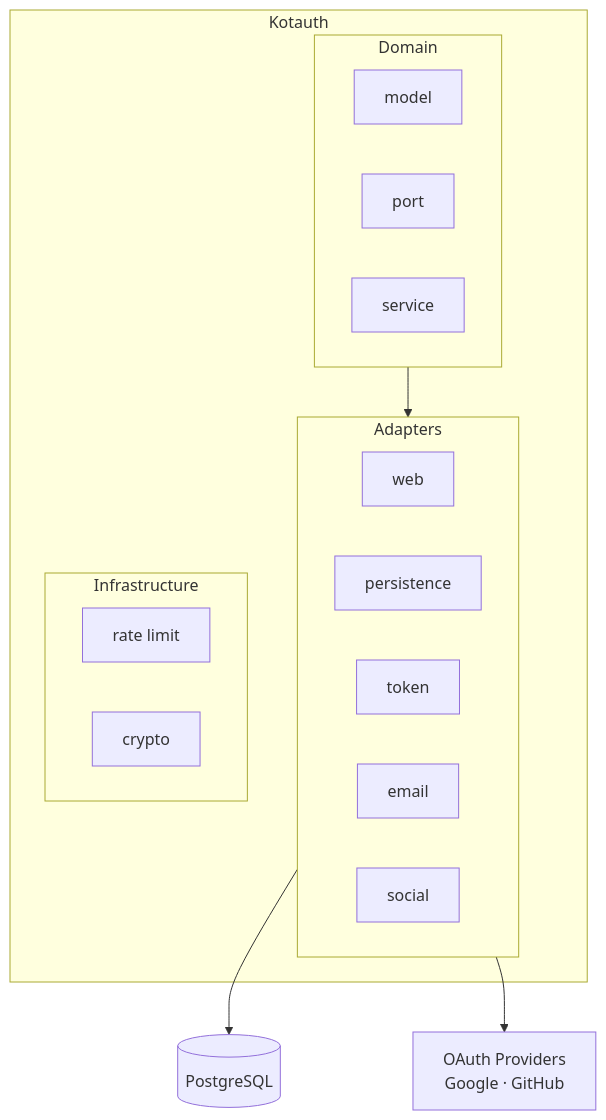
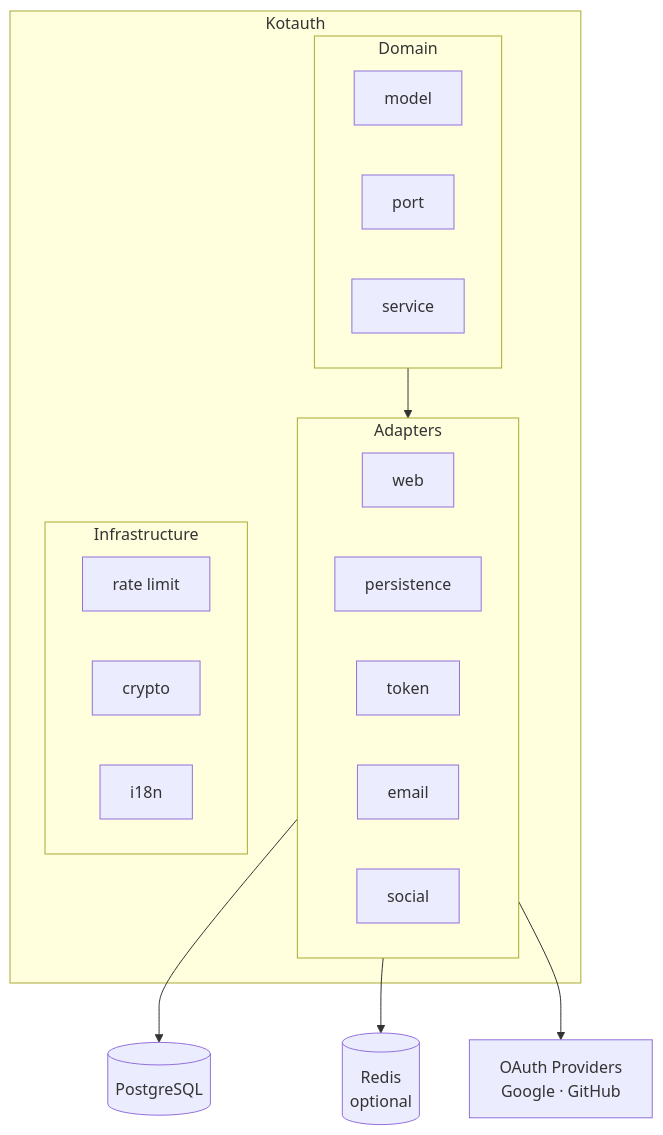
One commit to InumanSoul/kotauth-docs changed the diagram in src/content/docs/getting-started/introduction.md. Above: the diagram before and after it, drawn with Mermaid. The commit also changed other lines of this file and 11 other files, not shown here.

````diff
--- a/src/content/docs/getting-started/introduction.md
+++ b/src/content/docs/getting-started/introduction.md
@@ -56,25 +79,27 @@
 ```mermaid
 graph TB
     subgraph Kotauth
         subgraph Domain
             M[model]
             P[port]
             S[service]
         end
         subgraph Adapters
             W[web]
             DB[persistence]
             T[token]
             E[email]
             SO[social]
         end
         subgraph Infrastructure
             R[rate limit]
             C[crypto]
+            I[i18n]
         end
     end
 
     Domain --> Adapters
     Adapters --> PG[(PostgreSQL)]
+    Adapters --> RD[(Redis<br/>optional)]
     Adapters --> OP[OAuth Providers<br/>Google · GitHub]
 ```
````
